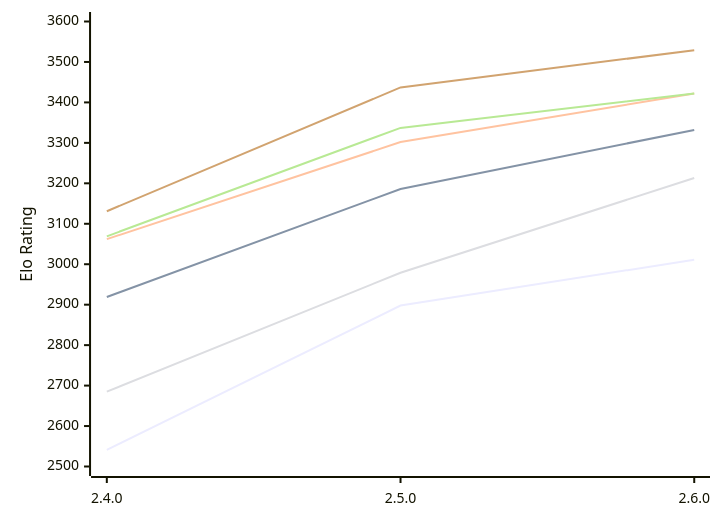
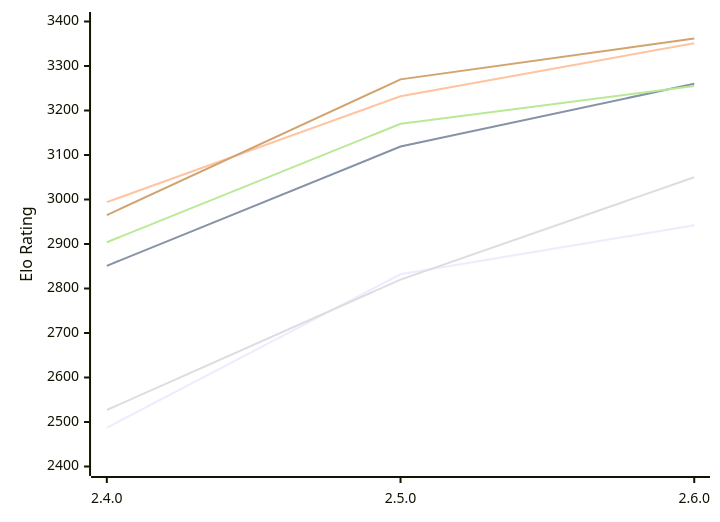
One commit to computer-chess-index/cci changed the diagram in engines/Rarog.md. Above: the diagram before and after it, drawn with Mermaid. The commit also changed other lines of this file, not shown here.

Commit message:
Update CCI Ratings (ELO VLTC) - 2026-11-13

````diff
--- a/engines/Rarog.md
+++ b/engines/Rarog.md
@@ -51,12 +51,12 @@
 ```mermaid
 %%{init: {"theme":"base","themeVariables":{"seriesColors:['#a3a3a3','#222221','#faa371']}}}%%
 xychart-beta
   x-axis ["2.4.0", "2.5.0", "2.6.0"]
-  y-axis "Elo Rating" 2500 --> 3600
-  line "E1: STC (8.0+0.08s)" [2541, 2898, 3011]
-  line "E1: LTC (60.0+0.60s)" [2919, 3186, 3332]
-  line "E1: VLTC (2m24s+1.12s)" [3062, 3302, 3422]
-  line "P1: STC (8.0+0.08s)" [2685, 2979, 3213]
-  line "P1: LTC (60.0+0.60s)" [3069, 3337, 3422]
-  line "P1: VLTC (2m24s+1.12s)" [3131, 3437, 3529]
+  y-axis "Elo Rating" 2400 --> 3400
+  line "E1: STC (8.0+0.08s)" [2487, 2832, 2942]
+  line "E1: LTC (60.0+0.60s)" [2851, 3119, 3260]
+  line "E1: VLTC (2m24s+1.12s)" [2994, 3232, 3351]
+  line "P1: STC (8.0+0.08s)" [2527, 2820, 3050]
+  line "P1: LTC (60.0+0.60s)" [2904, 3170, 3255]
+  line "P1: VLTC (2m24s+1.12s)" [2965, 3270, 3362]
 ```
````
